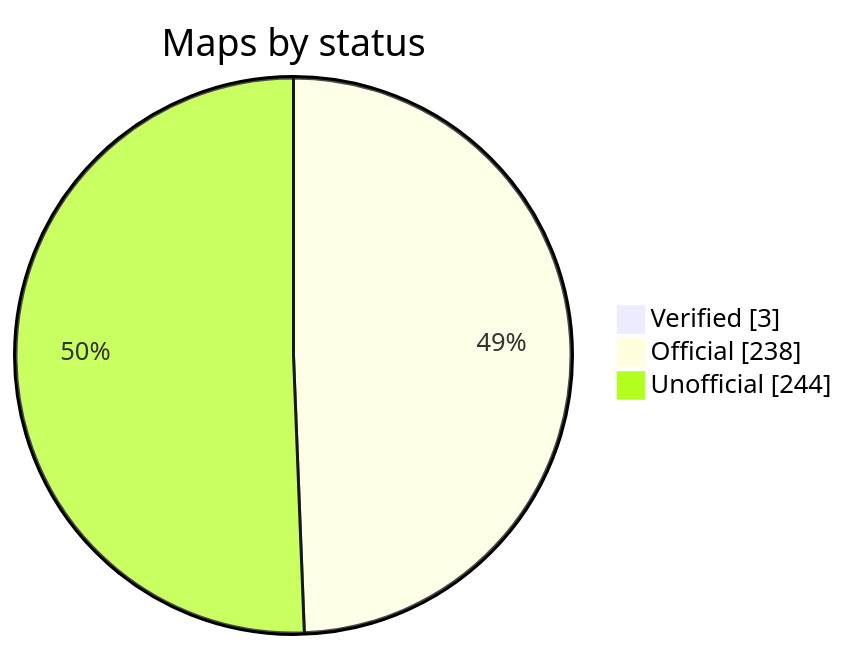
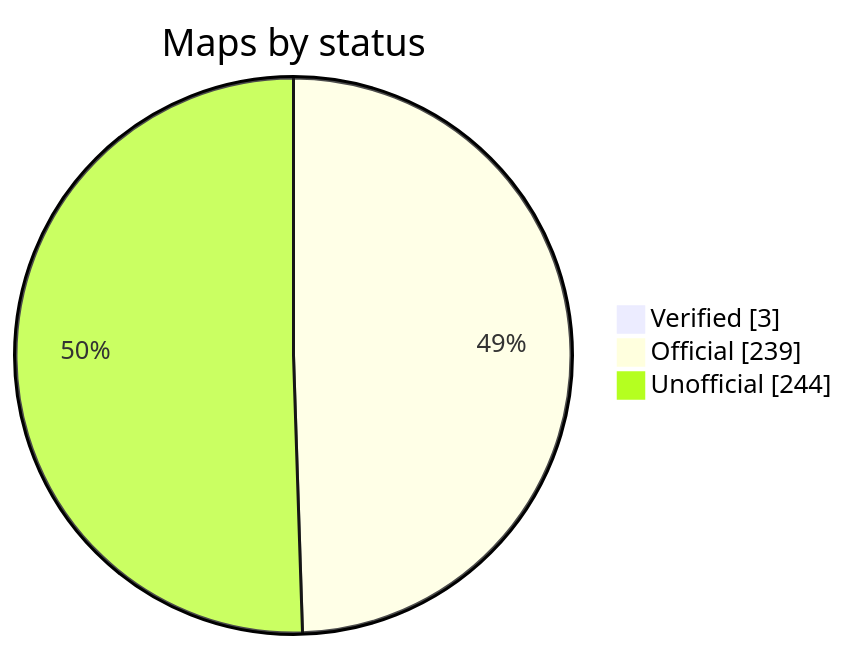
The diagram in README.md (nobrega8/mbmap-library), drawn with Mermaid before and after one commit. The commit also changed 2 other files, not shown here.

Commit message:
Add the Teltonika RUT200 map

````diff
--- a/README.md
+++ b/README.md
@@ -48,7 +48,7 @@
 ```mermaid
 pie showData
     title Maps by status
     "Verified" : 3
-    "Official" : 238
+    "Official" : 239
     "Unofficial" : 244
 ```
````
